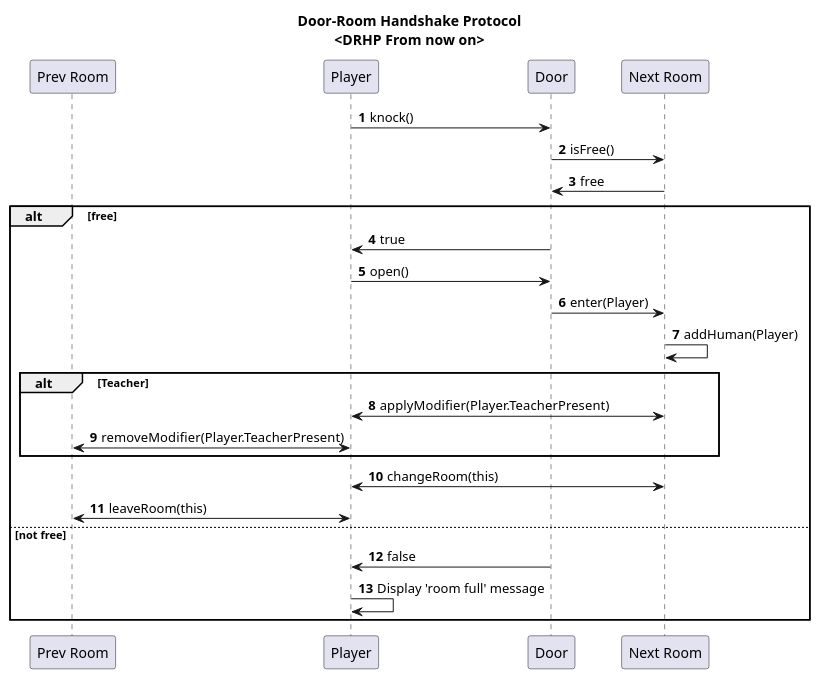
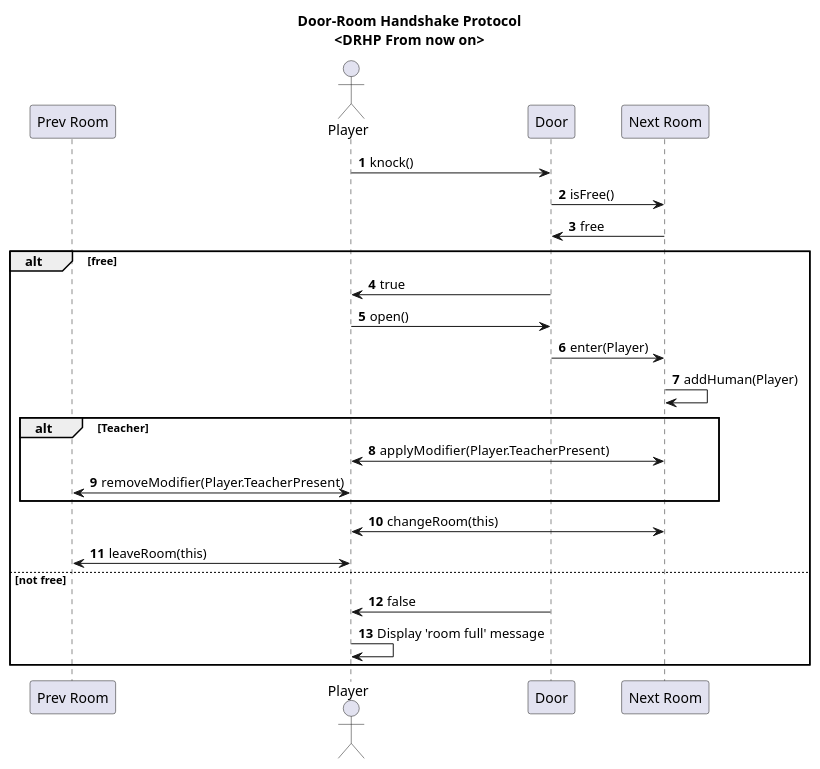
Before and after one commit to MysticMazeEducators/.github: the diagram in resources/sequence_diagrams/door_room_handshake_protocol.puml, drawn with PlantUML. The commit also changed 6 other files, not shown here.

```diff
--- a/resources/sequence_diagrams/door_room_handshake_protocol.puml
+++ b/resources/sequence_diagrams/door_room_handshake_protocol.puml
@@ -1,34 +1,34 @@
 @startuml
 'https://plantuml.com/sequence-diagram
 
 title
     Door-Room Handshake Protocol
     <DRHP From now on>
 end title
 
 autonumber
 
 participant "Prev Room" as P
-participant "Player" as U
+actor "Player" as U
 participant "Door" as D
 participant "Next Room" as N
 
 U -> D: knock()
 D -> N: isFree()
 N -> D: free
 alt free
     D -> U: true
     U -> D: open()
     D -> N: enter(Player)
     N -> N: addHuman(Player)
     alt Teacher
         U <-> N: applyModifier(Player.TeacherPresent)
         U <-> P: removeModifier(Player.TeacherPresent)
     end
     N <-> U: changeRoom(this)
     U <-> P: leaveRoom(this)
 else not free
     D -> U: false
     U -> U: Display 'room full' message
 end
 @enduml
```
